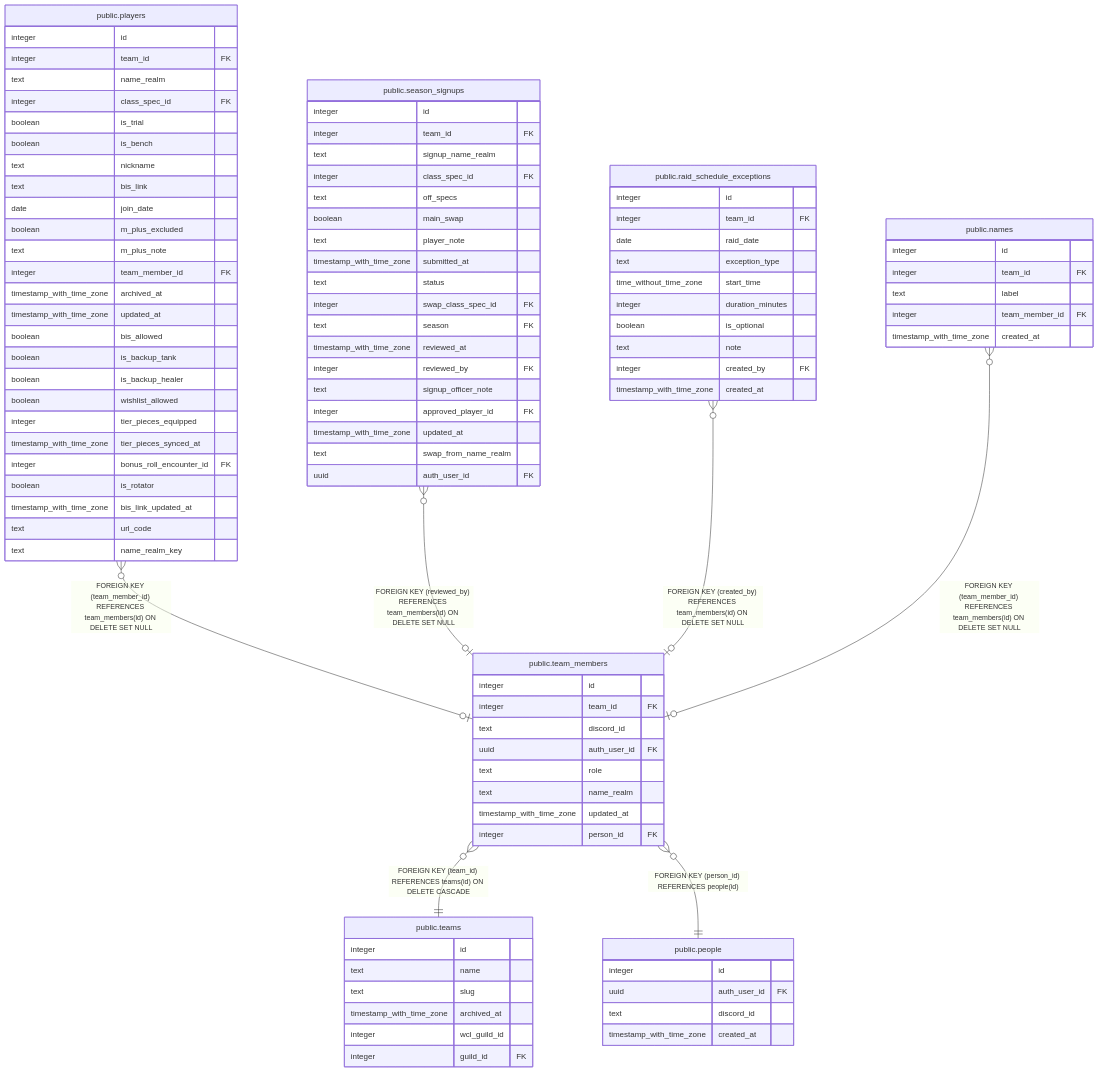
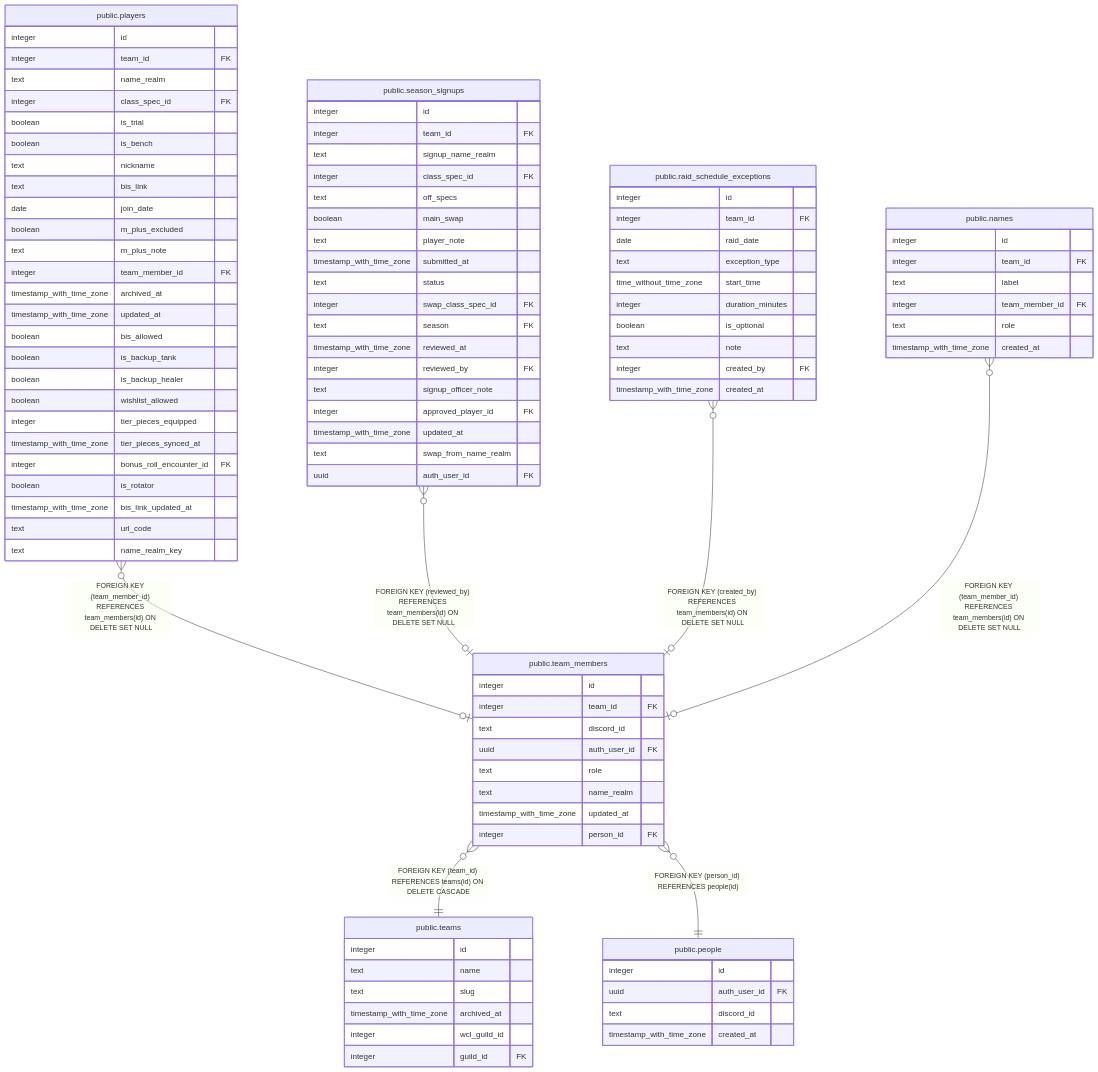
The diagram in dbdoc/public.team_members.md (katogaming88/WGA-Raid-Hub), drawn with Mermaid before and after one commit. The commit also changed 16 other files, not shown here.

```diff
--- a/dbdoc/public.team_members.md
+++ b/dbdoc/public.team_members.md
@@ -127,6 +127,7 @@
   integer team_id FK
   text label
   integer team_member_id FK
+  text role
   timestamp_with_time_zone created_at
 }
 "public.teams" {
```
